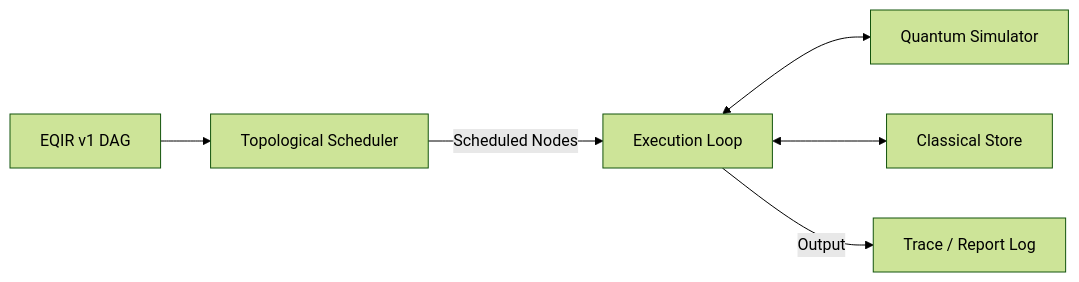
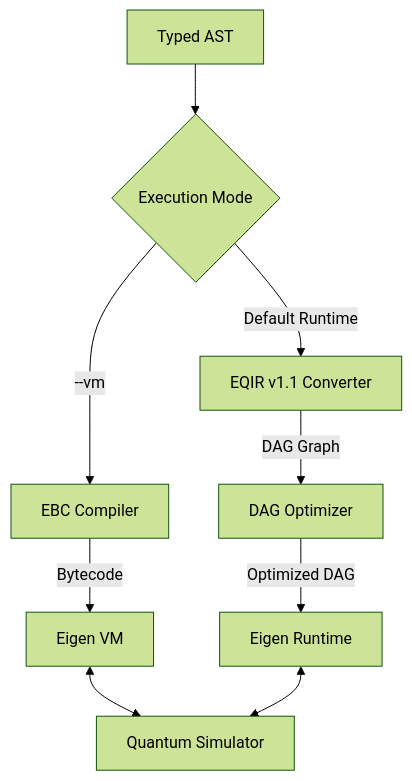
The diagram in docs/runtime-specification.md (Eigenresearch/Eigen), drawn with Mermaid (forest theme) before and after one commit. The commit also changed other lines of this file and 67 other files, not shown here.

Commit message:
feat: Stabilize Eigen 2.1 - Add backend smoke tests, update EQIR v1.1, add release metrics, and synchronize documentation

````diff
--- a/docs/runtime-specification.md
+++ b/docs/runtime-specification.md
@@ -9,8 +9,13 @@
 ```mermaid
-graph LR
-    DAG[EQIR v1 DAG] --> TopSort[Topological Scheduler]
-    TopSort -->|Scheduled Nodes| ExecutionLoop[Execution Loop]
-    ExecutionLoop <--> Simulator[Quantum Simulator]
-    ExecutionLoop <--> Store[Classical Store]
-    ExecutionLoop -->|Output| Trace[Trace / Report Log]
+graph TD
+    AST[Typed AST] --> Branch{Execution Mode}
+    
+    Branch -->|--vm| EBCCompiler[EBC Compiler]
+    EBCCompiler -->|Bytecode| VM[Eigen VM]
+    VM <--> Simulator[Quantum Simulator]
+    
+    Branch -->|Default Runtime| EQIRGen[EQIR v1.1 Converter]
+    EQIRGen -->|DAG Graph| Optimizer[DAG Optimizer]
+    Optimizer -->|Optimized DAG| Runtime[Eigen Runtime]
+    Runtime <--> Simulator
 ```
````
